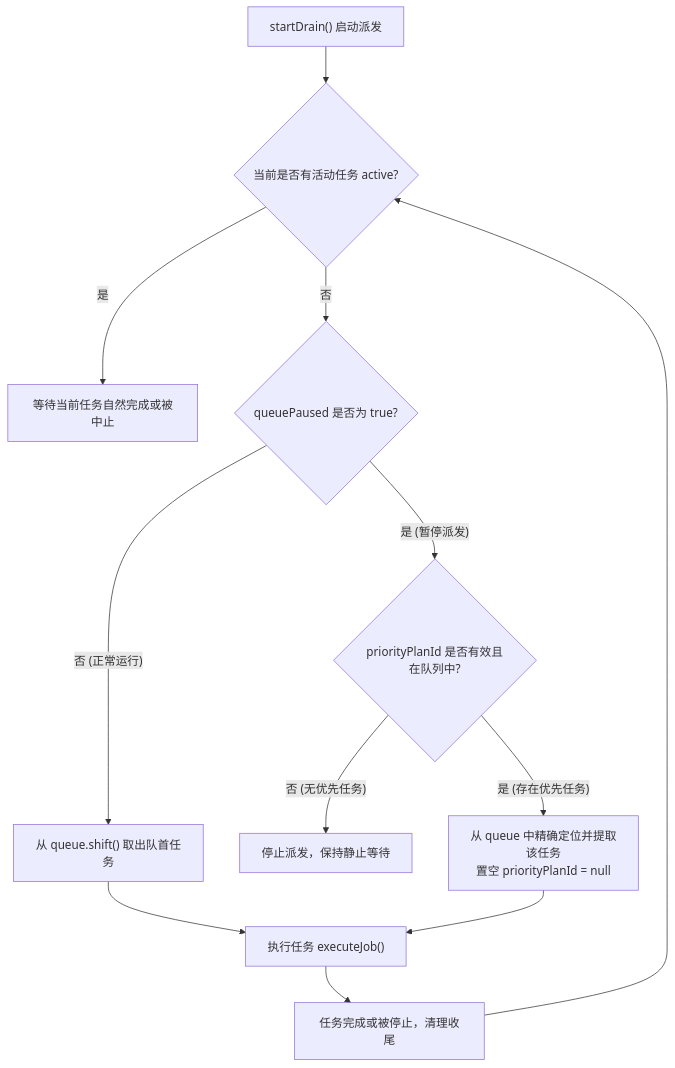
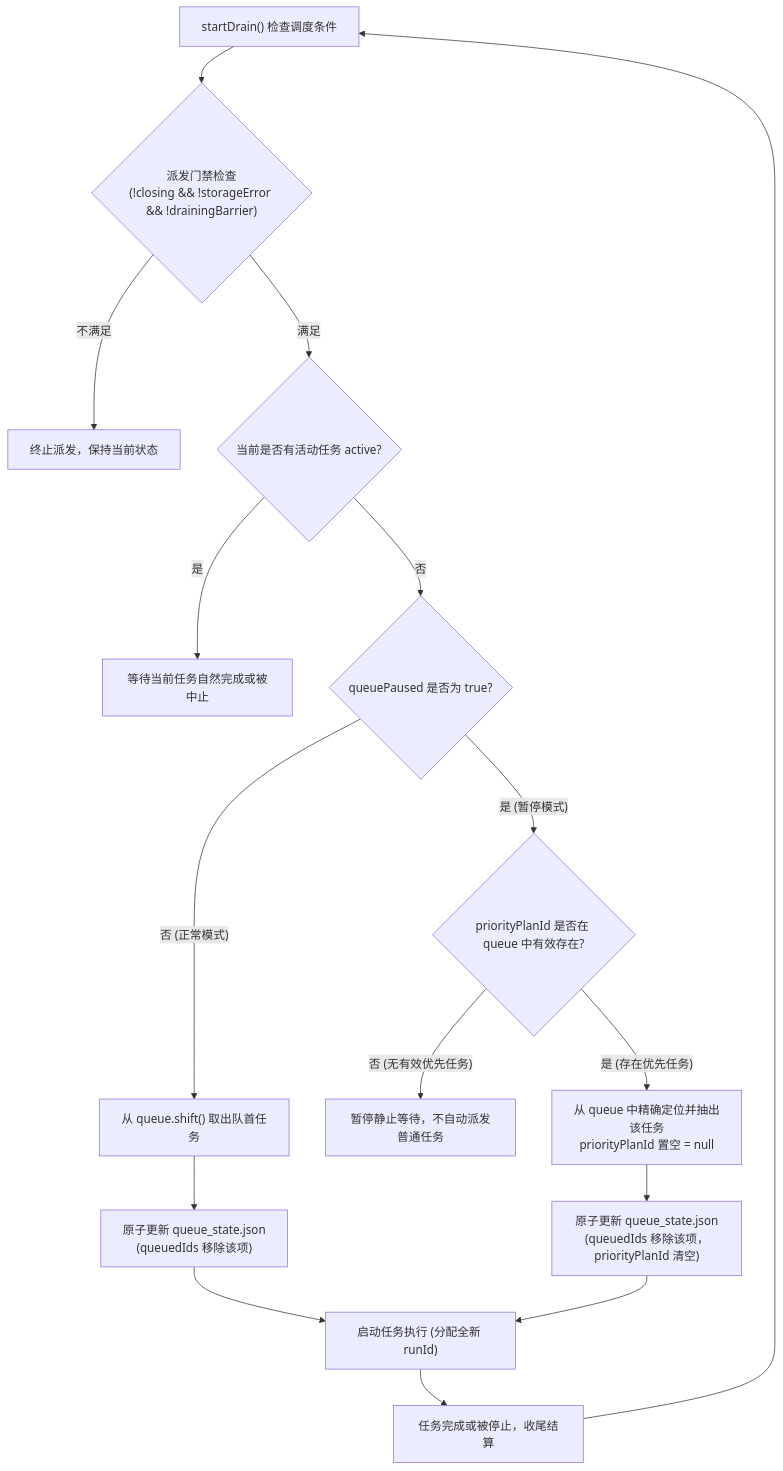
One commit to kachekakaka/videoCutTool changed the diagram in docs/方案/20261114-任务执行停止与暂停控制实施方案.md. Above: the diagram before and after it, drawn with Mermaid. The commit also changed other lines of this file, not shown here.

````diff
--- a/docs/方案/20261114-任务执行停止与暂停控制实施方案.md
+++ b/docs/方案/20261114-任务执行停止与暂停控制实施方案.md
@@ -115,17 +119,22 @@
 ```mermaid
 flowchart TD
-    Start["startDrain() 启动派发"] --> CheckActive{"当前是否有活动任务 active?"}
+    Start["startDrain() 检查调度条件"] --> Gate{"派发门禁检查\n(!closing && !storageError && !drainingBarrier)"}
+    Gate -- 不满足 --> StopWait["终止派发，保持当前状态"]
+    Gate -- 满足 --> CheckActive{"当前是否有活动任务 active?"}
+    
     CheckActive -- 是 --> Wait["等待当前任务自然完成或被中止"]
     CheckActive -- 否 --> CheckPaused{"queuePaused 是否为 true?"}
     
-    CheckPaused -- 否 (正常运行) --> FetchNormal["从 queue.shift() 取出队首任务"]
-    FetchNormal --> ExecuteJob["执行任务 executeJob()"]
+    CheckPaused -- 否 (正常模式) --> ShiftNormal["从 queue.shift() 取出队首任务"]
+    ShiftNormal --> SyncQueueState["原子更新 queue_state.json\n(queuedIds 移除该项)"]
+    SyncQueueState --> Execute["启动任务执行 (分配全新 runId)"]
     
-    CheckPaused -- 是 (暂停派发) --> CheckPriority{"priorityPlanId 是否有效且在队列中?"}
-    CheckPriority -- 否 (无优先任务) --> PauseWait["停止派发，保持静止等待"]
-    CheckPriority -- 是 (存在优先任务) --> ExtractPriority["从 queue 中精确定位并提取该任务\n置空 priorityPlanId = null"]
-    ExtractPriority --> ExecuteJob
+    CheckPaused -- 是 (暂停模式) --> CheckPriority{"priorityPlanId 是否在 queue 中有效存在?"}
+    CheckPriority -- 否 (无有效优先任务) --> PauseHalt["暂停静止等待，不自动派发普通任务"]
+    CheckPriority -- 是 (存在优先任务) --> SplicePriority["从 queue 中精确定位并抽出该任务\npriorityPlanId 置空 = null"]
+    SplicePriority --> SyncQueueState2["原子更新 queue_state.json\n(queuedIds 移除该项，priorityPlanId 清空)"]
+    SyncQueueState2 --> Execute
     
-    ExecuteJob --> FinishJob["任务完成或被停止，清理收尾"]
-    FinishJob --> CheckActive
+    Execute --> CleanFinish["任务完成或被停止，收尾结算"]
+    CleanFinish --> Start
 ```
````
